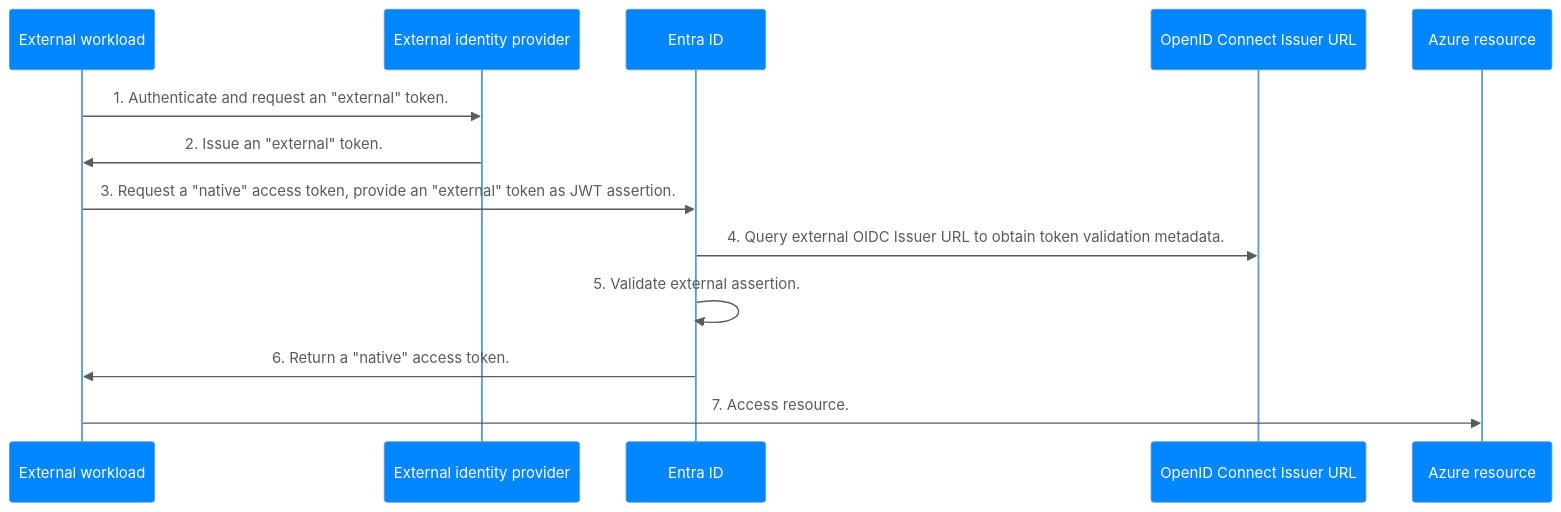
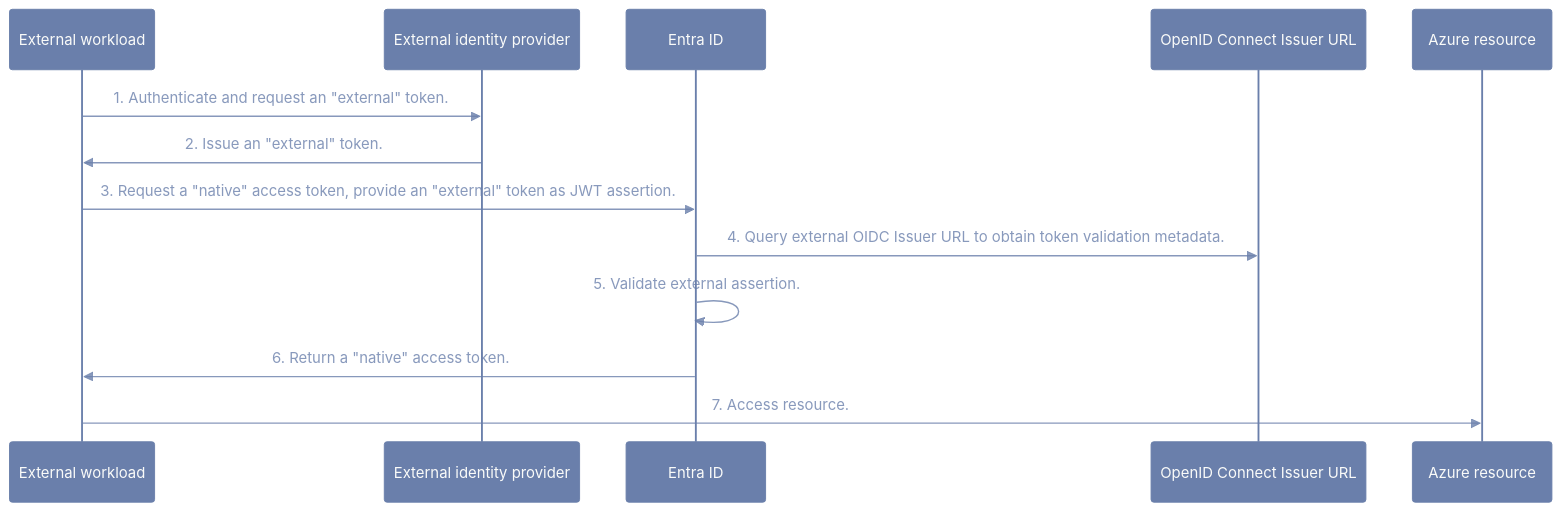
The second of 3 diagrams in _posts/2025-01-11-Workload-Identity-Federation-Hidden-Risks.md (lucas-ko/lucas-ko.github.io), drawn with Mermaid before and after one commit. The commit also changed other lines of this file, not shown here.

````diff
--- a/_posts/2025-01-11-Workload-Identity-Federation-Hidden-Risks.md
+++ b/_posts/2025-01-11-Workload-Identity-Federation-Hidden-Risks.md
@@ -41,26 +52,26 @@
 ```mermaid
-%%{
-  init: {
-    'theme': 'base',
-    'themeVariables': {
-      'primaryColor': '#0086FF',
-      'primaryTextColor': '#FFFFFF',
-      'textColor': '#5b5b5b',
-      'lineColor': '#5b5b5b',
-      'darkMode': 'true'
-    }
+%%{init:{
+  'theme':'base',
+  'themeVariables': {
+    'primaryColor':'#6A7FAB',
+    'primaryTextColor':'#FAFBF9',
+    'primaryBorderColor':'#6A7FAB',
+    'lineColor':'#6A7FABCC',
+    'textColor':'#6A7FABCC',
+    'fontSize':'16px'
   }
-}%% sequenceDiagram
+}}%%
+  sequenceDiagram
     participant EW as External workload
     participant EIDP as External identity provider
     participant EID as Entra ID
     participant EOIDC as OpenID Connect Issuer URL   
     participant Az as Azure resource
     EW ->> EIDP: 1. Authenticate and request an "external" token.
     EIDP ->> EW: 2. Issue an "external" token.
     EW ->> EID: 3. Request a "native" access token, provide an "external" token as JWT assertion.
     EID->> EOIDC: 4. Query external OIDC Issuer URL to obtain token validation metadata.
     EID->> EID: 5. Validate external assertion.
     EID ->> EW: 6. Return a "native" access token.
     EW ->> Az: 7. Access resource.
 ```
````
